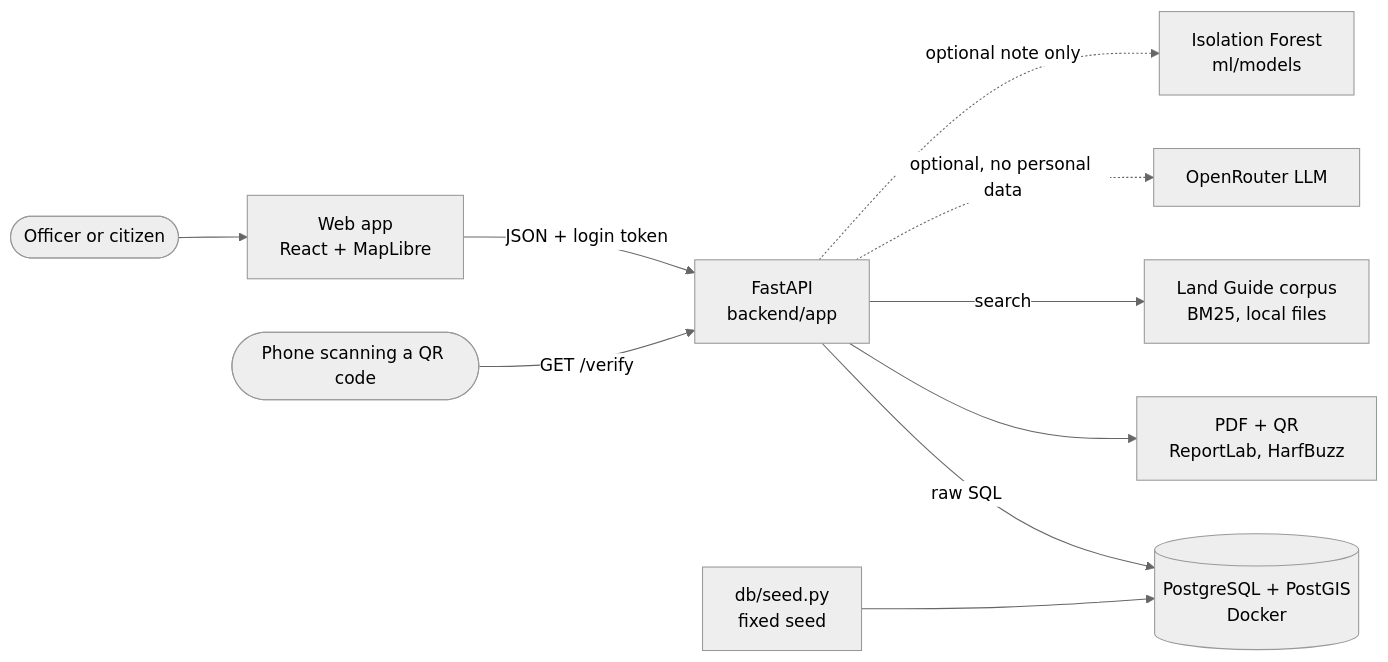
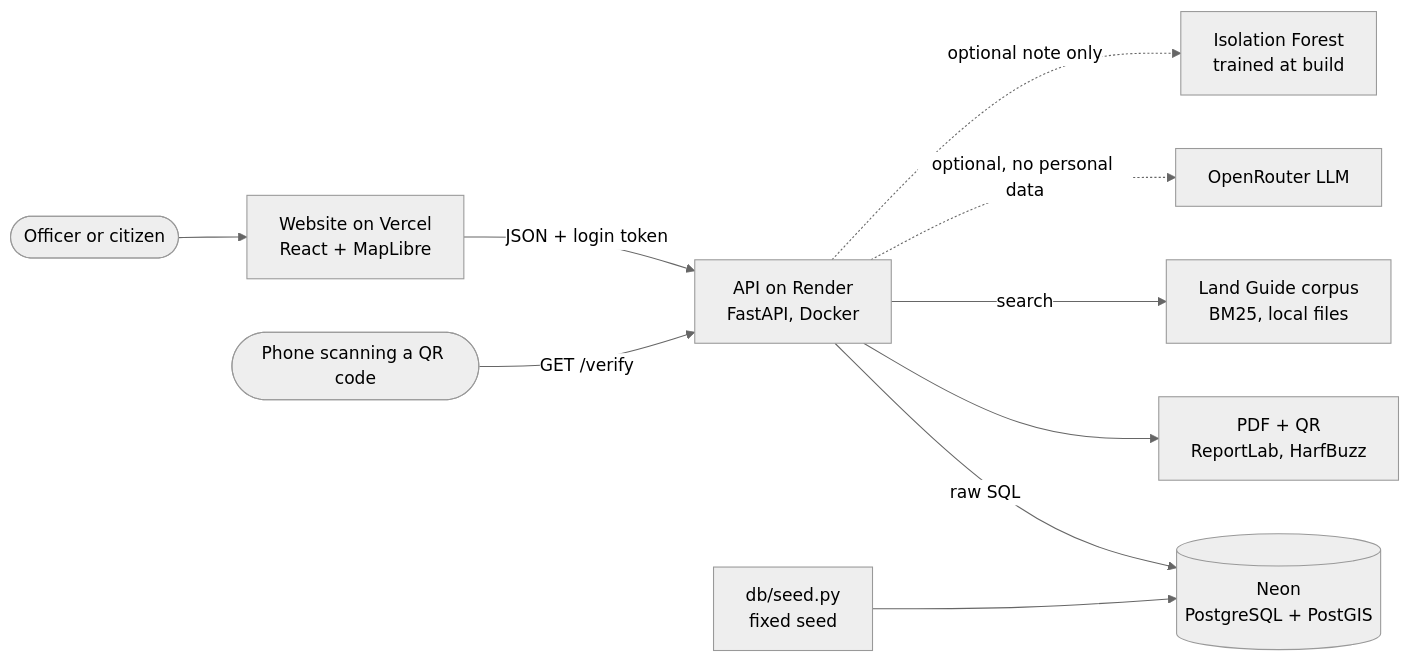
Before and after one commit to ved-1446/landstack: the diagram in README.md, drawn with Mermaid (neutral theme). The commit also changed other lines of this file and 21 other files, not shown here.

````diff
--- a/README.md
+++ b/README.md
@@ -59,12 +104,12 @@
 ```mermaid
 flowchart LR
-  user([Officer or citizen]) --> web[Web app<br/>React + MapLibre]
+  user([Officer or citizen]) --> web[Website on Vercel<br/>React + MapLibre]
   phone([Phone scanning a QR code]) -->|GET /verify| api
-  web -->|JSON + login token| api[FastAPI<br/>backend/app]
-  api -->|raw SQL| db[(PostgreSQL + PostGIS<br/>Docker)]
+  web -->|JSON + login token| api[API on Render<br/>FastAPI, Docker]
+  api -->|raw SQL| db[(Neon<br/>PostgreSQL + PostGIS)]
   api --> pdf[PDF + QR<br/>ReportLab, HarfBuzz]
   api -->|search| guide[Land Guide corpus<br/>BM25, local files]
   api -.->|optional, no personal data| llm[OpenRouter LLM]
-  api -.->|optional note only| ml[Isolation Forest<br/>ml/models]
+  api -.->|optional note only| ml[Isolation Forest<br/>trained at build]
   seed[db/seed.py<br/>fixed seed] --> db
 ```
````
